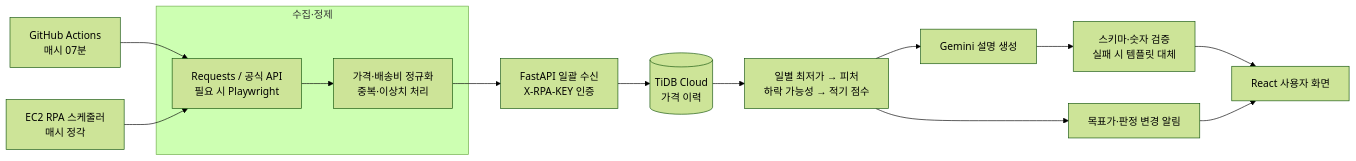
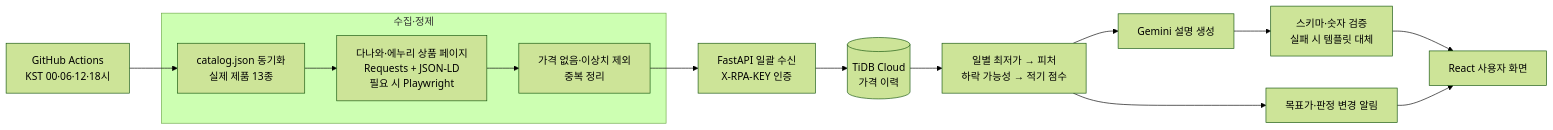
Before and after one commit to fsclass-n/picktiming: the diagram in README.md, drawn with Mermaid (forest theme). The commit also changed other lines of this file and 28 other files, not shown here.

Commit message:
Collect real Danawa and Enuri prices from GitHub Actions instead of mock prices

````diff
--- a/README.md
+++ b/README.md
@@ -39,19 +39,19 @@
 ```mermaid
 flowchart LR
-    GH["GitHub Actions<br/>매시 07분"] --> RPA
-    EC2["EC2 RPA 스케줄러<br/>매시 정각"] --> RPA
+    GH["GitHub Actions<br/>KST 00·06·12·18시"] --> SYNC
 
     subgraph Collection["수집·정제"]
-        RPA["Requests / 공식 API<br/>필요 시 Playwright"]
-        RPA --> CLEAN["가격·배송비 정규화<br/>중복·이상치 처리"]
+        SYNC["catalog.json 동기화<br/>실제 제품 13종"] --> RPA
+        RPA["다나와·에누리 상품 페이지<br/>Requests + JSON-LD<br/>필요 시 Playwright"]
+        RPA --> CLEAN["가격 없음·이상치 제외<br/>중복 정리"]
     end
 
     CLEAN --> INGEST["FastAPI 일괄 수신<br/>X-RPA-KEY 인증"]
     INGEST --> DB[("TiDB Cloud<br/>가격 이력")]
     DB --> TIMING["일별 최저가 → 피처<br/>하락 가능성 → 적기 점수"]
     TIMING --> ALERT["목표가·판정 변경 알림"]
     TIMING --> AI["Gemini 설명 생성"]
     AI --> CHECK["스키마·숫자 검증<br/>실패 시 템플릿 대체"]
     CHECK --> UI["React 사용자 화면"]
     ALERT --> UI
 ```
````
